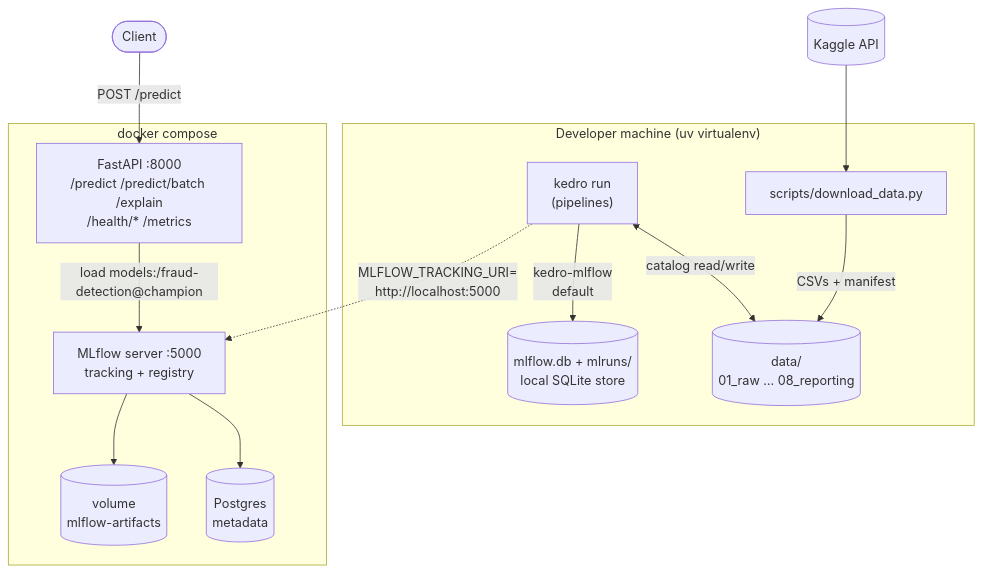
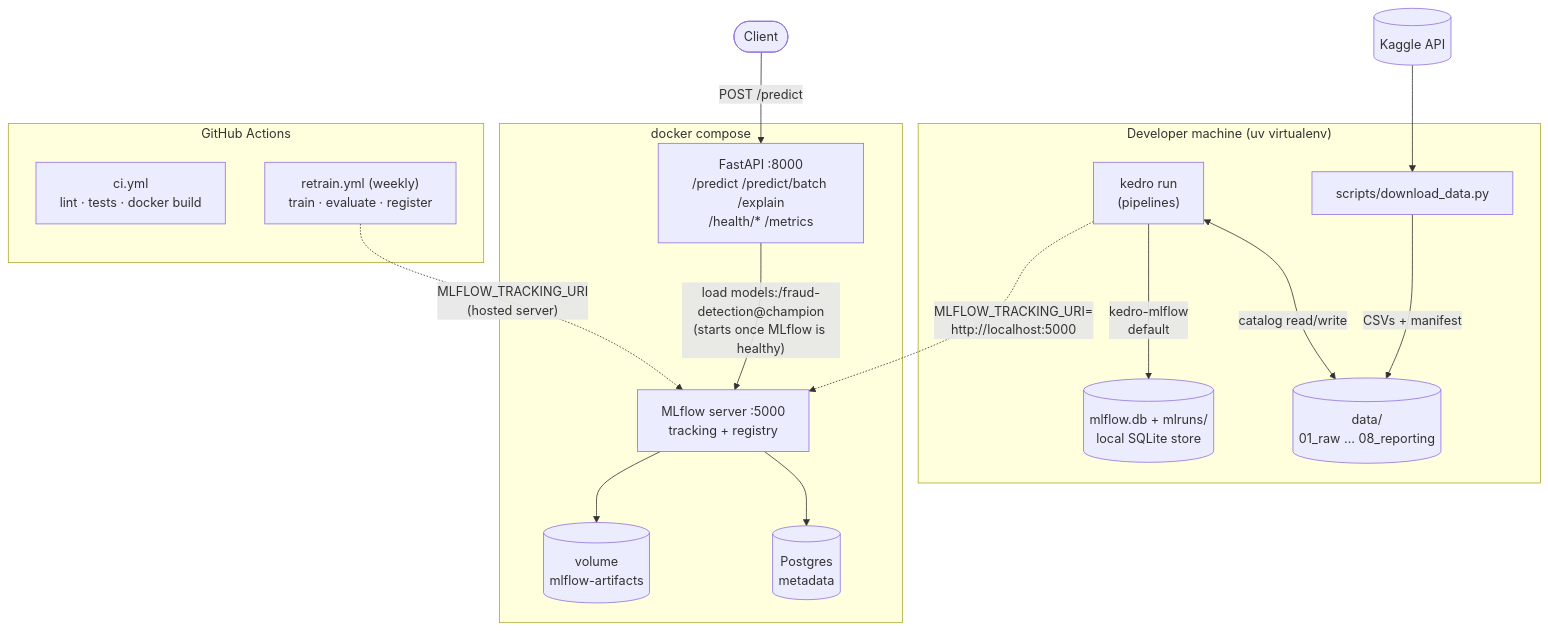
Before and after one commit to MikolajKurtyka/fraud-detection-kedro: the first of 4 diagrams in docs/02_infrastructure.md, drawn with Mermaid. The commit also changed other lines of this file and 8 other files, not shown here.

First line of the commit message:
docs: Mermaid diagrams, serving pipeline and production gaps

````diff
--- a/docs/02_infrastructure.md
+++ b/docs/02_infrastructure.md
@@ -30,27 +30,33 @@
 ```mermaid
 flowchart TB
     subgraph dev["Developer machine (uv virtualenv)"]
         K["kedro run<br/>(pipelines)"]
         D[("data/<br/>01_raw … 08_reporting")]
         L[("mlflow.db + mlruns/<br/>local SQLite store")]
         KG["scripts/download_data.py"]
         KG -->|CSVs + manifest| D
         K <-->|catalog read/write| D
         K -->|kedro-mlflow<br/>default| L
     end
 
     Kaggle[(Kaggle API)] --> KG
 
     subgraph compose["docker compose"]
         PG[(Postgres<br/>metadata)]
         MF["MLflow server :5000<br/>tracking + registry"]
         ART[("volume<br/>mlflow-artifacts")]
         API["FastAPI :8000<br/>/predict /predict/batch /explain<br/>/health/* /metrics"]
         MF --> PG
         MF --> ART
-        API -->|"load models:/fraud-detection@champion"| MF
+        API -->|"load models:/fraud-detection@champion<br/>(starts once MLflow is healthy)"| MF
     end
+
+    subgraph gha["GitHub Actions"]
+        CI["ci.yml<br/>lint · tests · docker build"]
+        RT["retrain.yml (weekly)<br/>train · evaluate · register"]
+    end
+    RT -.->|"MLFLOW_TRACKING_URI<br/>(hosted server)"| MF
 
     K -.->|"MLFLOW_TRACKING_URI=<br/>http://localhost:5000"| MF
     Client([Client]) -->|POST /predict| API
 ```
````
